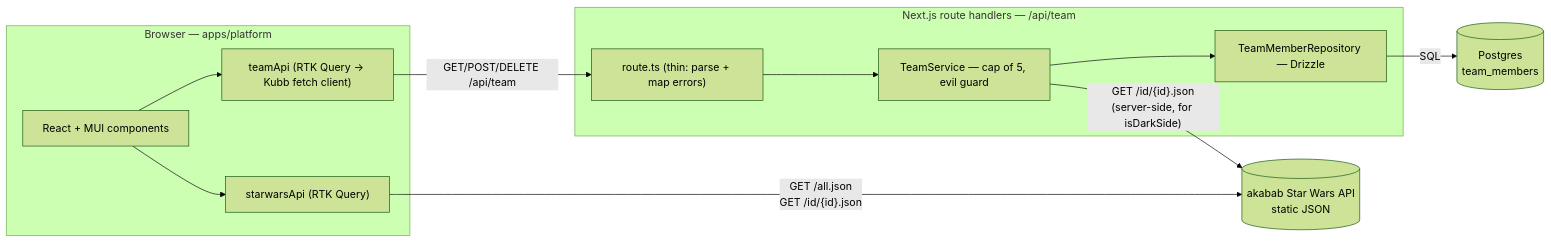
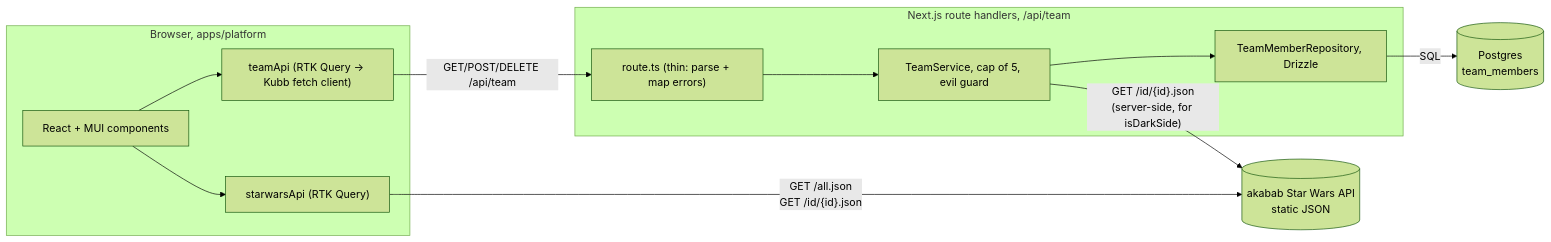
The diagram in plans/plan.md (stijnvanhulle/starwars), drawn with Mermaid (forest theme) before and after one commit. The commit also changed other lines of this file and 8 other files, not shown here.

````diff
--- a/plans/plan.md
+++ b/plans/plan.md
@@ -39,26 +39,26 @@
 ```mermaid
 flowchart LR
-  subgraph browser["Browser — apps/platform"]
+  subgraph browser["Browser, apps/platform"]
     ui["React + MUI components"]
     sw["starwarsApi (RTK Query)"]
     team["teamApi (RTK Query → Kubb fetch client)"]
     ui --> sw
     ui --> team
   end
 
   akabab[("akabab Star Wars API<br/>static JSON")]
 
-  subgraph nextapi["Next.js route handlers — /api/team"]
+  subgraph nextapi["Next.js route handlers, /api/team"]
     route["route.ts (thin: parse + map errors)"]
-    service["TeamService — cap of 5, evil guard"]
-    repo["TeamMemberRepository — Drizzle"]
+    service["TeamService, cap of 5, evil guard"]
+    repo["TeamMemberRepository, Drizzle"]
     route --> service --> repo
   end
 
   pg[("Postgres<br/>team_members")]
 
   sw -- "GET /all.json<br/>GET /id/{id}.json" --> akabab
   team -- "GET/POST/DELETE /api/team" --> route
   service -- "GET /id/{id}.json<br/>(server-side, for isDarkSide)" --> akabab
   repo -- "SQL" --> pg
 ```
````
